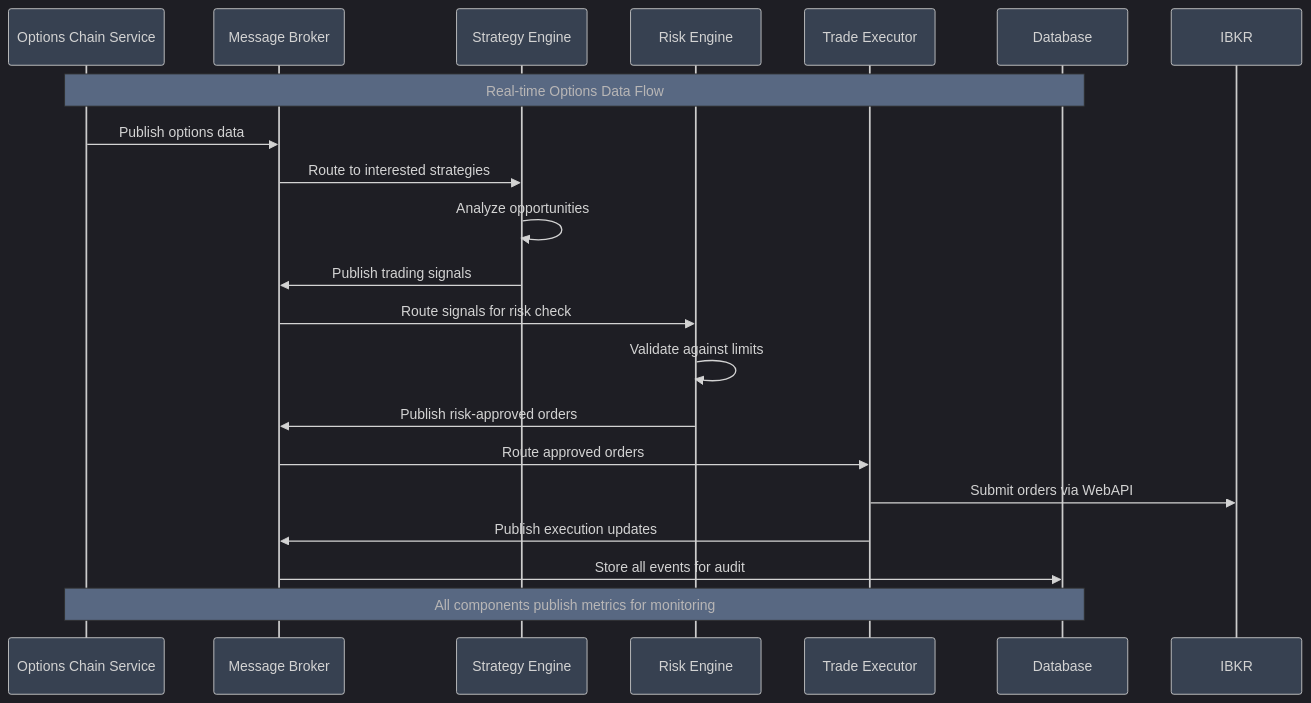
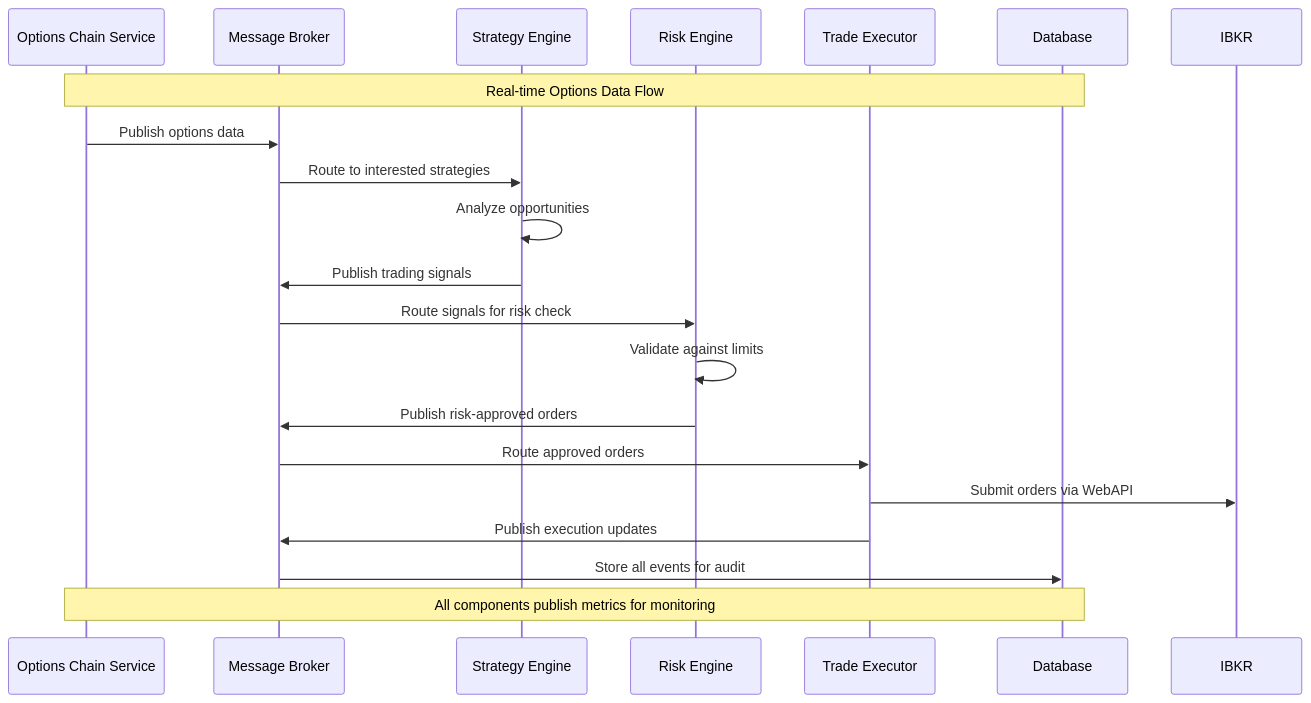
Before and after one commit to petewilburn/Python-Programs-for-Fun-and-Education: the third of 7 diagrams in src/Python_Programs/IBKR_Trading_System_Architecture.md, drawn with Mermaid. The commit also changed other lines of this file and 3 other files, not shown here.

First line of the commit message:
Revert Mermaid charts to clean state - remove dark mode themes

````diff
--- a/src/Python_Programs/IBKR_Trading_System_Architecture.md
+++ b/src/Python_Programs/IBKR_Trading_System_Architecture.md
@@ -270,29 +268,28 @@
 ```mermaid
-%%{init: {'theme':'dark', 'themeVariables': {'primaryColor':'#4f46e5','primaryTextColor':'#ffffff','primaryBorderColor':'#6366f1','lineColor':'#6b7280','secondaryColor':'#10b981','tertiaryColor':'#f59e0b','background':'#1f2937','mainBkg':'#374151','secondBkg':'#4b5563','tertiaryBkg':'#6b7280'}}}%%
 sequenceDiagram
     participant OCS as Options Chain Service
     participant MB as Message Broker
     participant SE as Strategy Engine
     participant RE as Risk Engine
     participant TE as Trade Executor
     participant DB as Database
     
     Note over OCS,DB: Real-time Options Data Flow
     
     OCS->>MB: Publish options data
     MB->>SE: Route to interested strategies
     SE->>SE: Analyze opportunities
     SE->>MB: Publish trading signals
     
     MB->>RE: Route signals for risk check
     RE->>RE: Validate against limits
     RE->>MB: Publish risk-approved orders
     
     MB->>TE: Route approved orders
     TE->>IBKR: Submit orders via WebAPI
     TE->>MB: Publish execution updates
     
     MB->>DB: Store all events for audit
     
     Note over OCS,DB: All components publish metrics for monitoring
 ```
````
